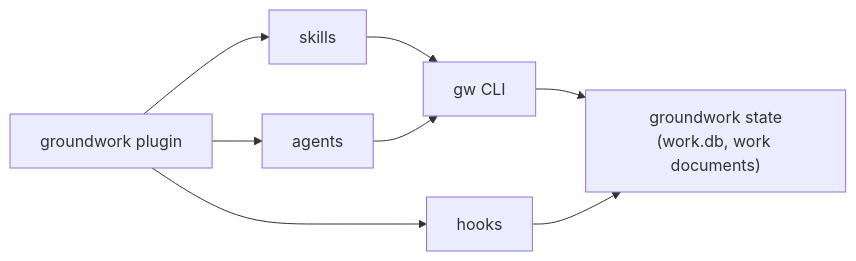
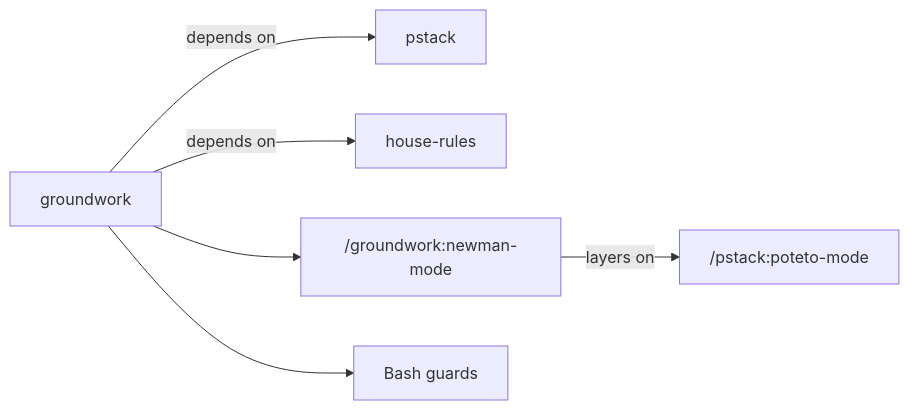
One commit to IniZio/groundwork changed the diagram in README.md. Above: the diagram before and after it, drawn with Mermaid. The commit also changed other lines of this file and 293 other files, not shown here.

Commit message:
feat!: replace groundwork with newman-mode on top of pstack

````diff
--- a/README.md
+++ b/README.md
@@ -16,10 +5,8 @@
 ```mermaid
 flowchart LR
-  P[groundwork plugin] --> S[skills]
-  P --> A[agents]
-  P --> H[hooks]
-  S --> G[gw CLI]
-  A --> G
-  G --> W["groundwork state<br/>(work.db, work documents)"]
-  H --> W
+  G[groundwork] -->|depends on| P[pstack]
+  G -->|depends on| H[house-rules]
+  G --> S["/groundwork:newman-mode"]
+  G --> B[Bash guards]
+  S -->|layers on| PM["/pstack:poteto-mode"]
 ```
````
